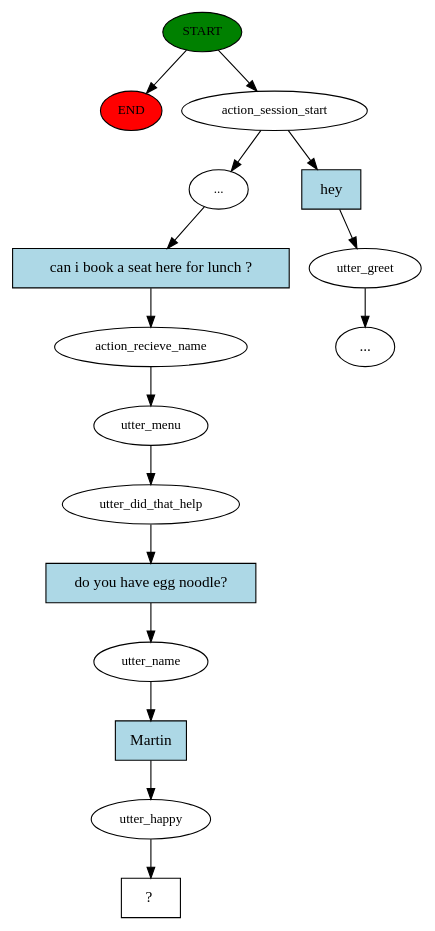
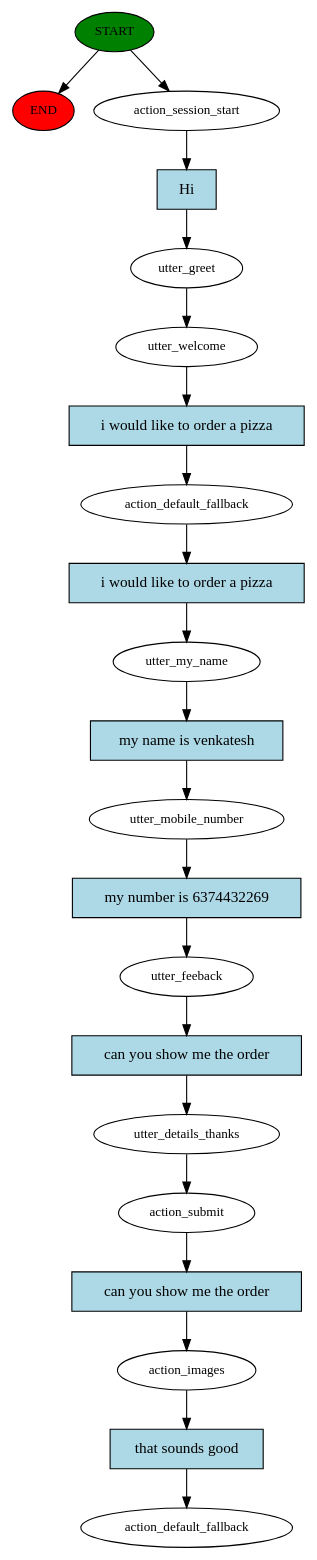
The diagram in rasa_trial/story_graph.dot (Venky0892/Rasa_trail), drawn with Graphviz before and after one commit. The commit also changed 1 other file, not shown here.

```diff
--- a/rasa_trial/story_graph.dot
+++ b/rasa_trial/story_graph.dot
@@ -1,33 +1,43 @@
 digraph  {
 0 [class="start active", fillcolor=green, fontsize=12, label=START, style=filled];
 "-1" [class=end, fillcolor=red, fontsize=12, label=END, style=filled];
 1 [class=active, fontsize=12, label=action_session_start];
-2 [class="", fontsize=12, label=utter_greet];
-"-3" [class=ellipsis, label="..."];
-4 [class=active, fontsize=12, label="..."];
-5 [class=active, fontsize=12, label=action_recieve_name];
-6 [class=active, fontsize=12, label=utter_menu];
-7 [class=active, fontsize=12, label=utter_did_that_help];
-8 [class=active, fontsize=12, label=utter_name];
-9 [class=active, fontsize=12, label=utter_happy];
-10 [class="intent dashed active", label="  ?  ", shape=rect];
-11 [class=intent, fillcolor=lightblue, label=hey, shape=rect, style=filled];
-12 [class="intent active", fillcolor=lightblue, label="can i book a seat here for lunch ?", shape=rect, style=filled];
-13 [class="intent active", fillcolor=lightblue, label="do you have egg noodle?", shape=rect, style=filled];
-14 [class="intent active", fillcolor=lightblue, label=Martin, shape=rect, style=filled];
+2 [class=active, fontsize=12, label=utter_greet];
+3 [class=active, fontsize=12, label=utter_welcome];
+4 [class=active, fontsize=12, label=action_default_fallback];
+5 [class=active, fontsize=12, label=utter_my_name];
+6 [class=active, fontsize=12, label=utter_mobile_number];
+7 [class=active, fontsize=12, label=utter_feeback];
+8 [class=active, fontsize=12, label=utter_details_thanks];
+9 [class=active, fontsize=12, label=action_submit];
+10 [class=active, fontsize=12, label=action_images];
+11 [class="dashed active", fontsize=12, label=action_default_fallback];
+12 [class="intent active", fillcolor=lightblue, label=Hi, shape=rect, style=filled];
+13 [class="intent active", fillcolor=lightblue, label="i would like to order a pizza", shape=rect, style=filled];
+14 [class="intent active", fillcolor=lightblue, label="i would like to order a pizza", shape=rect, style=filled];
+15 [class="intent active", fillcolor=lightblue, label="my name is venkatesh", shape=rect, style=filled];
+16 [class="intent active", fillcolor=lightblue, label="my number is 6374432269", shape=rect, style=filled];
+17 [class="intent active", fillcolor=lightblue, label="can you show me the order", shape=rect, style=filled];
+18 [class="intent active", fillcolor=lightblue, label="can you show me the order", shape=rect, style=filled];
+19 [class="intent active", fillcolor=lightblue, label="that sounds good", shape=rect, style=filled];
 0 -> "-1"  [class="", key=NONE, label=""];
 0 -> 1  [class=active, key=NONE, label=""];
-1 -> 4  [class=active, key=NONE, label=""];
-1 -> 11  [class="", key=0];
-2 -> "-3"  [class="", key=NONE, label=""];
-4 -> 12  [class=active, key=0];
-5 -> 6  [class=active, key=NONE, label=""];
-6 -> 7  [class=active, key=NONE, label=""];
-7 -> 13  [class=active, key=0];
-8 -> 14  [class=active, key=0];
-9 -> 10  [class=active, key=NONE, label=""];
-11 -> 2  [class="", key=0];
-12 -> 5  [class=active, key=0];
-13 -> 8  [class=active, key=0];
-14 -> 9  [class=active, key=0];
+1 -> 12  [class=active, key=0];
+2 -> 3  [class=active, key=NONE, label=""];
+3 -> 13  [class=active, key=0];
+4 -> 14  [class=active, key=0];
+5 -> 15  [class=active, key=0];
+6 -> 16  [class=active, key=0];
+7 -> 17  [class=active, key=0];
+8 -> 9  [class=active, key=NONE, label=""];
+9 -> 18  [class=active, key=0];
+10 -> 19  [class=active, key=0];
+12 -> 2  [class=active, key=0];
+13 -> 4  [class=active, key=0];
+14 -> 5  [class=active, key=0];
+15 -> 6  [class=active, key=0];
+16 -> 7  [class=active, key=0];
+17 -> 8  [class=active, key=0];
+18 -> 10  [class=active, key=0];
+19 -> 11  [class=active, key=0];
 }
```
